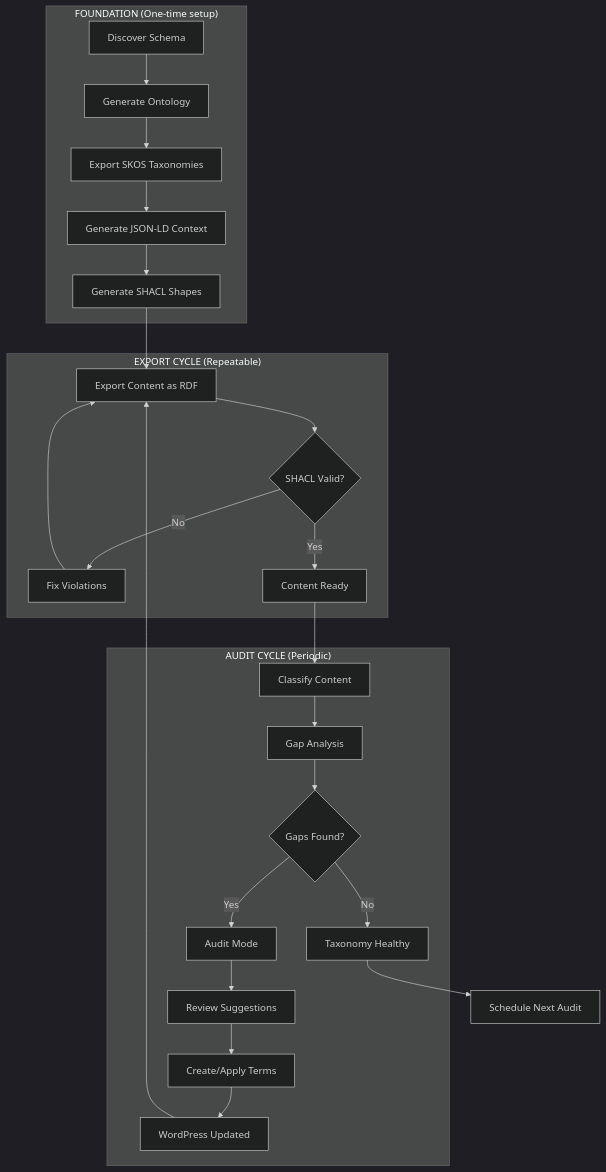
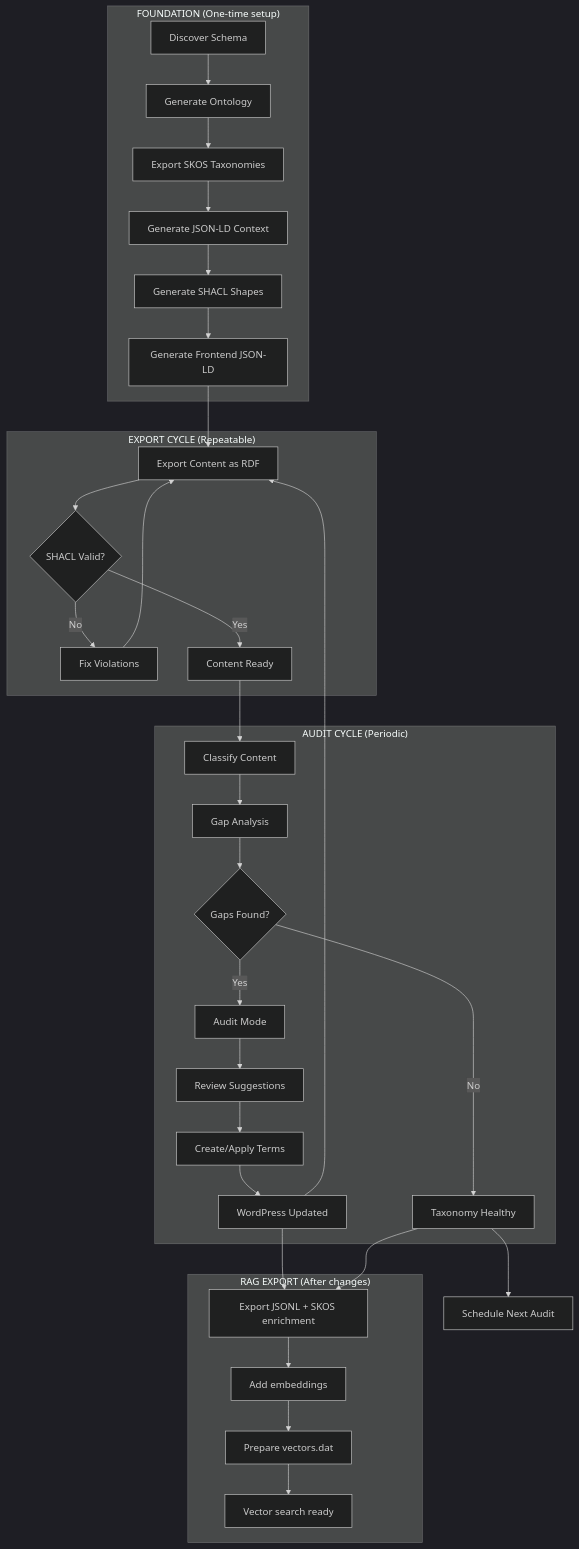
The diagram in PLAYBOOK.md (dogwonder/ai-taxonomy-audit), drawn with Mermaid (dark theme) before and after one commit. The commit also changed other lines of this file and 3 other files, not shown here.

````diff
--- a/PLAYBOOK.md
+++ b/PLAYBOOK.md
@@ -94,33 +118,43 @@
 ```mermaid
 flowchart TB
     subgraph "FOUNDATION (One-time setup)"
         A[Discover Schema] --> B[Generate Ontology]
         B --> C[Export SKOS Taxonomies]
         C --> C2[Generate JSON-LD Context]
         C2 --> D[Generate SHACL Shapes]
+        D --> D2[Generate Frontend JSON-LD]
     end
 
     subgraph "EXPORT CYCLE (Repeatable)"
         E[Export Content as RDF]
         E --> F{SHACL Valid?}
         F -->|No| G[Fix Violations]
         G --> E
         F -->|Yes| H[Content Ready]
     end
 
     subgraph "AUDIT CYCLE (Periodic)"
         I[Classify Content]
         I --> J[Gap Analysis]
         J --> K{Gaps Found?}
         K -->|Yes| L[Audit Mode]
         L --> M[Review Suggestions]
         M --> N[Create/Apply Terms]
         N --> O[WordPress Updated]
         K -->|No| P[Taxonomy Healthy]
     end
 
-    D --> E
+    subgraph "RAG EXPORT (After changes)"
+        R1[Export JSONL + SKOS enrichment]
+        R1 --> R2[Add embeddings]
+        R2 --> R3[Prepare vectors.dat]
+        R3 --> R4[Vector search ready]
+    end
+
+    D2 --> E
     H --> I
     O --> E
+    O --> R1
+    P --> R1
     P --> Q[Schedule Next Audit]
 ```
````
